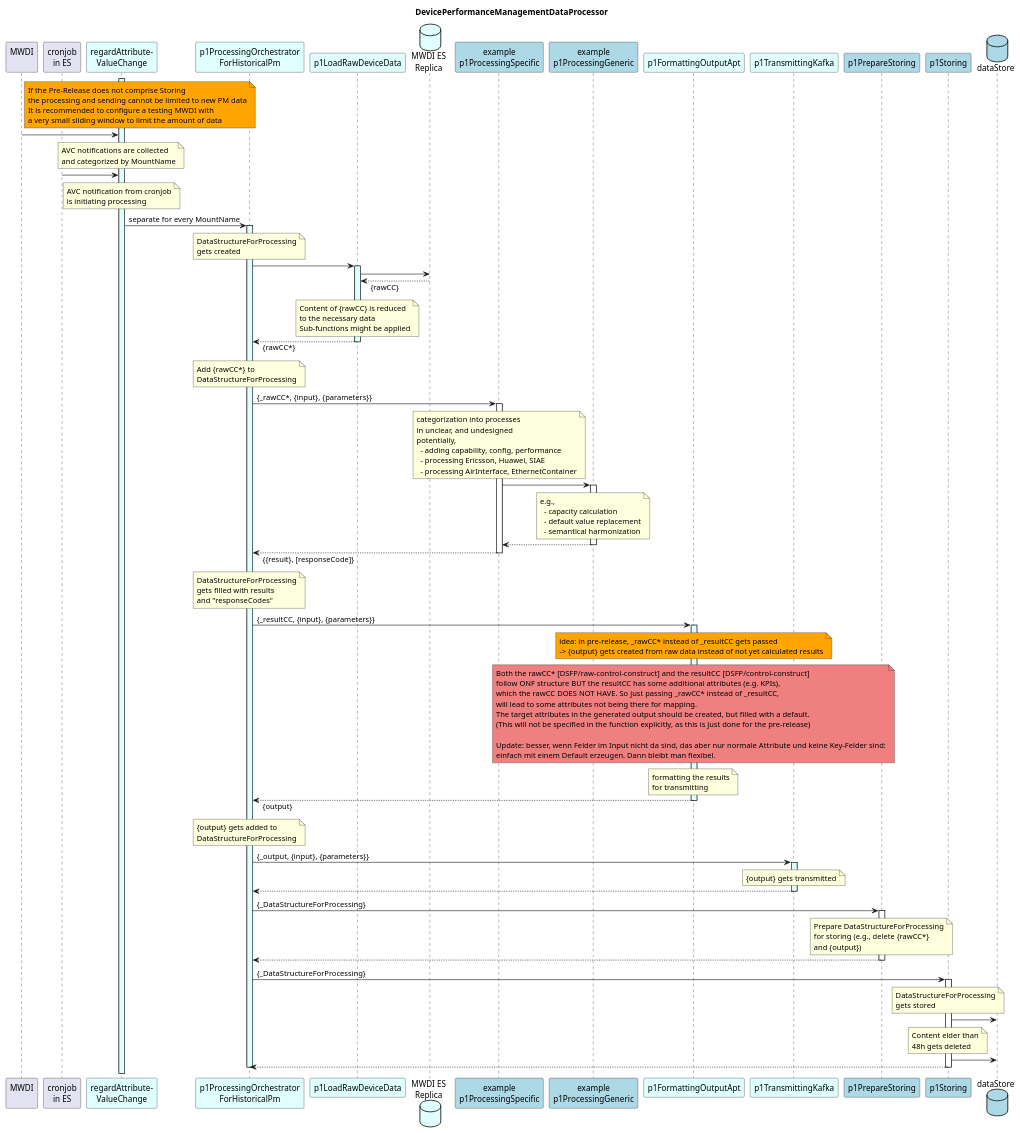
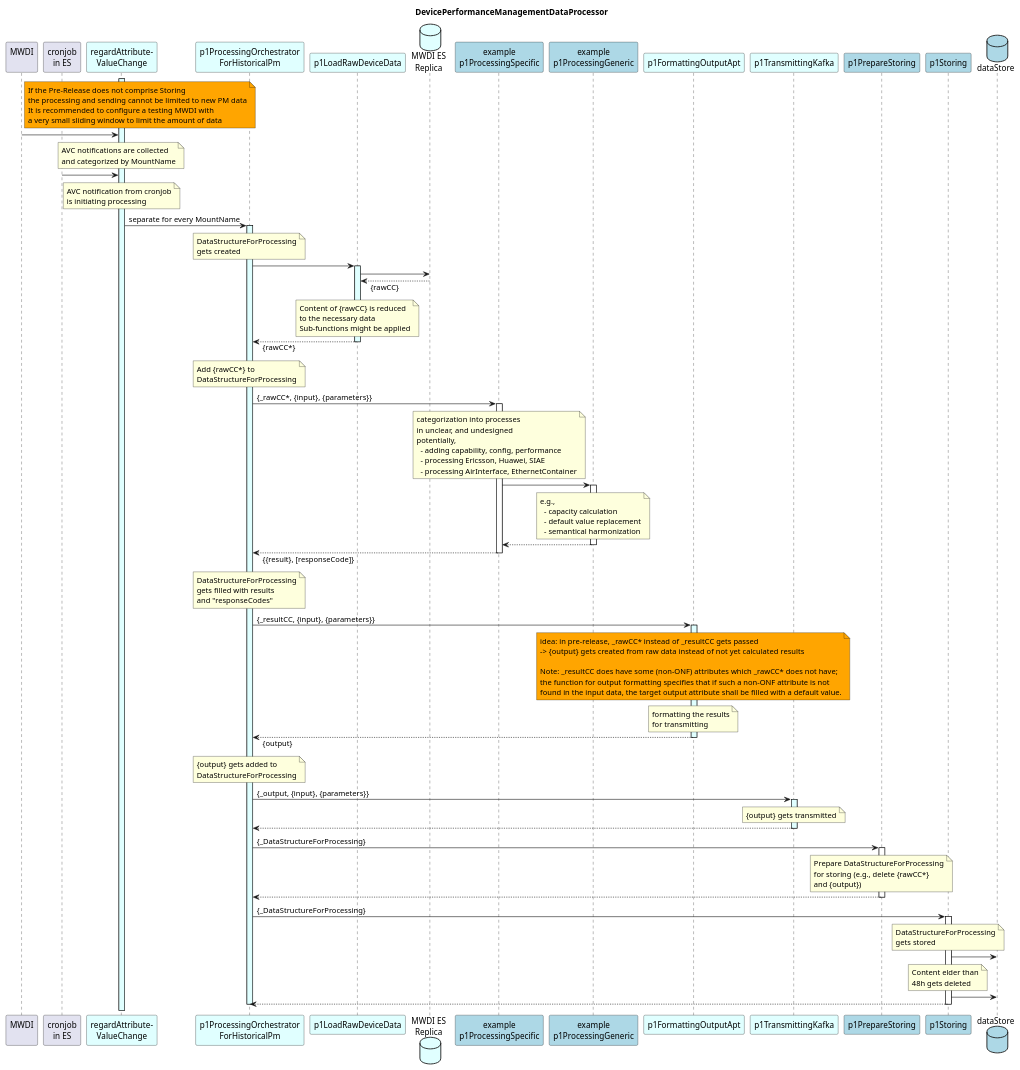
One commit to openBackhaul/DevicePerformanceManagementDataProcessor changed the diagram in spec/diagrams/highlevelOverview/00_hl_overview.plantuml. Above: the diagram before and after it, drawn with PlantUML. The commit also changed 1 other file, not shown here.

Commit message:
overview diagram update for outputFormatting

```diff
--- a/spec/diagrams/highlevelOverview/00_hl_overview.plantuml
+++ b/spec/diagrams/highlevelOverview/00_hl_overview.plantuml
@@ -1,186 +1,179 @@
 @startuml 00_hl_overview
 skinparam responseMessageBelowArrow true
 
 title
   DevicePerformanceManagementDataProcessor
 end title
 
 participant "MWDI\n" as mwdi
 participant "cronjob\nin ES" as cjes
 participant "regardAttribute-\nValueChange" as rAVC #LightCyan
 
 participant "p1ProcessingOrchestrator\nForHistoricalPm" as p1ProOrch #LightCyan
 
 participant "p1LoadRawDeviceData" as p1AddRaw #LightCyan
 database  "MWDI ES\nReplica" as MwdiEs #LightCyan
 
 participant "example\np1ProcessingSpecific" as p1Specific #LightBlue
 participant "example\np1ProcessingGeneric" as p1Generic #LightBlue
 
 participant "p1FormattingOutputApt" as p1Output #LightCyan
 participant "p1TransmittingKafka" as p1Trans #LightCyan
 
 participant "p1PrepareStoring" as p1PrepStore #LightBlue
 
 participant "p1Storing" as p1Store #LightBlue
 database "dataStore" as db #LightBlue
 
 note right mwdi #Orange
   If the Pre-Release does not comprise Storing
   the processing and sending cannot be limited to new PM data
   It is recommended to configure a testing MWDI with
   a very small sliding window to limit the amount of data  
 end note
 
 activate rAVC #LightCyan
 
 mwdi -> rAVC
 note over rAVC
   AVC notifications are collected
   and categorized by MountName
 end note
 
 cjes -> rAVC
 note over rAVC
   AVC notification from cronjob
   is initiating processing
 end note
 
 rAVC -> p1ProOrch : separate for every MountName
 activate p1ProOrch #LightCyan
 
   note over p1ProOrch
     DataStructureForProcessing
     gets created
   end note
 
   p1ProOrch -> p1AddRaw
   activate p1AddRaw #LightCyan
 
     p1AddRaw -> MwdiEs
     p1AddRaw <-- MwdiEs : {rawCC}
     note over p1AddRaw
       Content of {rawCC} is reduced 
       to the necessary data
       Sub-functions might be applied
     end note
 
   p1ProOrch <-- p1AddRaw : {rawCC*}
   deactivate p1AddRaw
 
   note over p1ProOrch
     Add {rawCC*} to
     DataStructureForProcessing
   end note
 
   p1ProOrch -> p1Specific : {_rawCC*, {input}, {parameters}}
   activate p1Specific
 
     note over p1Specific
       categorization into processes 
       in unclear, and undesigned
       potentially, 
         - adding capability, config, performance
         - processing Ericsson, Huawei, SIAE
         - processing AirInterface, EthernetContainer
     end note
 
     p1Specific -> p1Generic
     activate p1Generic
   
       note over p1Generic
         e.g., 
           - capacity calculation
           - default value replacement
           - semantical harmonization
       end note
 
     p1Specific <-- p1Generic
     deactivate p1Generic
     
   p1ProOrch <-- p1Specific : {{result}, [responseCode]}
   deactivate p1Specific
 
   note over p1ProOrch
     DataStructureForProcessing
     gets filled with results
     and "responseCodes"
   end note
 
   p1ProOrch -> p1Output : {_resultCC, {input}, {parameters}}
   activate p1Output #LightCyan
 
     note over p1Output #Orange
       idea: in pre-release, _rawCC* instead of _resultCC gets passed
       -> {output} gets created from raw data instead of not yet calculated results
-    end note
-    note over p1Output #LightCoral
-      Both the rawCC* [DSFP/raw-control-construct] and the resultCC [DSFP/control-construct]
-      follow ONF structure BUT the resultCC has some additional attributes (e.g. KPIs),
-      which the rawCC DOES NOT HAVE. So just passing _rawCC* instead of _resultCC,
-      will lead to some attributes not being there for mapping.
-      The target attributes in the generated output should be created, but filled with a default.
-      (This will not be specified in the function explicitly, as this is just done for the pre-release)
 
-      Update: besser, wenn Felder im Input nicht da sind, das aber nur normale Attribute und keine Key-Felder sind:
-      einfach mit einem Default erzeugen. Dann bleibt man flexibel.
+      Note: _resultCC does have some (non-ONF) attributes which _rawCC* does not have;
+      the function for output formatting specifies that if such a non-ONF attribute is not
+      found in the input data, the target output attribute shall be filled with a default value.
     end note
 
     note over p1Output
       formatting the results
       for transmitting
     end note
 
   p1ProOrch <-- p1Output : {output}
   deactivate p1Output
 
   note over p1ProOrch
     {output} gets added to
     DataStructureForProcessing
   end note
 
   p1ProOrch -> p1Trans : {_output, {input}, {parameters}}
   activate p1Trans #LightCyan
 
     note over p1Trans
       {output} gets transmitted
     end note
 
   p1ProOrch <-- p1Trans
   deactivate p1Trans
 
   p1ProOrch -> p1PrepStore : {_DataStructureForProcessing}
   activate p1PrepStore
 
     note over p1PrepStore
       Prepare DataStructureForProcessing
       for storing (e.g., delete {rawCC*}
       and {output})
     end note
 
   p1ProOrch <-- p1PrepStore
   deactivate p1PrepStore
 
   p1ProOrch -> p1Store : {_DataStructureForProcessing}
   activate p1Store
 
     note over p1Store
       DataStructureForProcessing
       gets stored
     end note
 
     p1Store -> db
 
     note over p1Store
       Content elder than
       48h gets deleted
     end note
 
     p1Store -> db
 
   p1ProOrch <-- p1Store
   deactivate p1Store
 
 deactivate p1ProOrch
 
 @enduml
```
